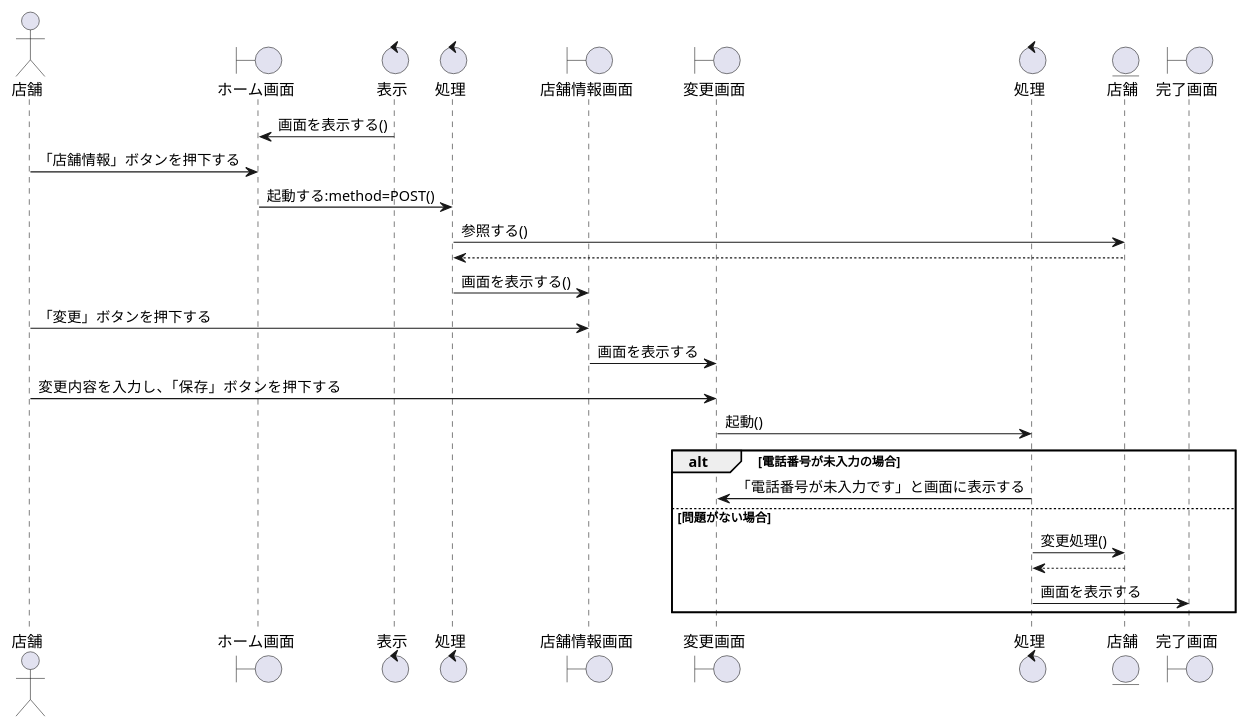
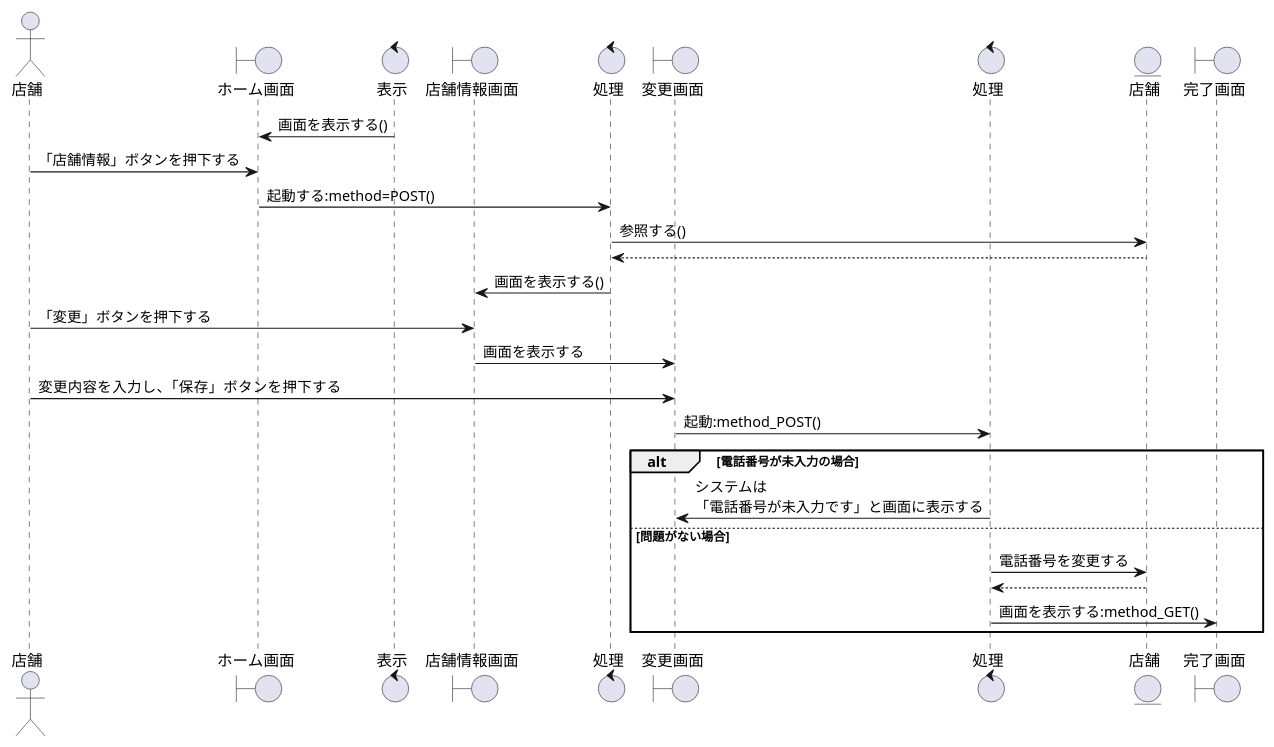
The diagram in sequence_fig/8_storeside_fn/11_店舗の情報を設定する.pu (irukacb256/high_Me), drawn with PlantUML before and after one commit. The commit also changed 10 other files, not shown here.

```diff
--- a/sequence_fig/8_storeside_fn/11_店舗の情報を設定する.pu
+++ b/sequence_fig/8_storeside_fn/11_店舗の情報を設定する.pu
@@ -1,35 +1,35 @@
 @startuml 店舗の情報を設定する
 
 actor 店舗 as cp1
 boundary ホーム画面 as b1
 control 表示 as co1
+boundary 店舗情報画面 as b2
 control 処理 as co2
-boundary 店舗情報画面 as b2
 boundary 変更画面 as b3
 control 処理 as co3
 
 entity 店舗 as en1
 boundary 完了画面 as b4
 
-b1 <- co1 :画面を表示する()
+co1 -> b1 : 画面を表示する()
 cp1 -> b1 :「店舗情報」ボタンを押下する
-b1 -> co2 :起動する:method=POST()
+b1 -> co2 : 起動する:method=POST()
 co2 -> en1 :参照する()
 co2 <-- en1
 co2 -> b2 :画面を表示する()
 cp1 -> b2 :「変更」ボタンを押下する
 b2 -> b3 :画面を表示する
 cp1 -> b3 :変更内容を入力し、「保存」ボタンを押下する
-b3 -> co3 :起動()
+b3 -> co3 :起動:method_POST()
 
 alt 電話番号が未入力の場合
-b3 <- co3 :「電話番号が未入力です」と画面に表示する
+b3 <- co3 :システムは\n「電話番号が未入力です」と画面に表示する
 
 else 問題がない場合
-co3 -> en1 :変更処理()
+co3 -> en1 : 電話番号を変更する
 co3 <-- en1
-co3 -> b4 :画面を表示する
+co3 -> b4 : 画面を表示する:method_GET()
 
 end
 
 @enduml
```
